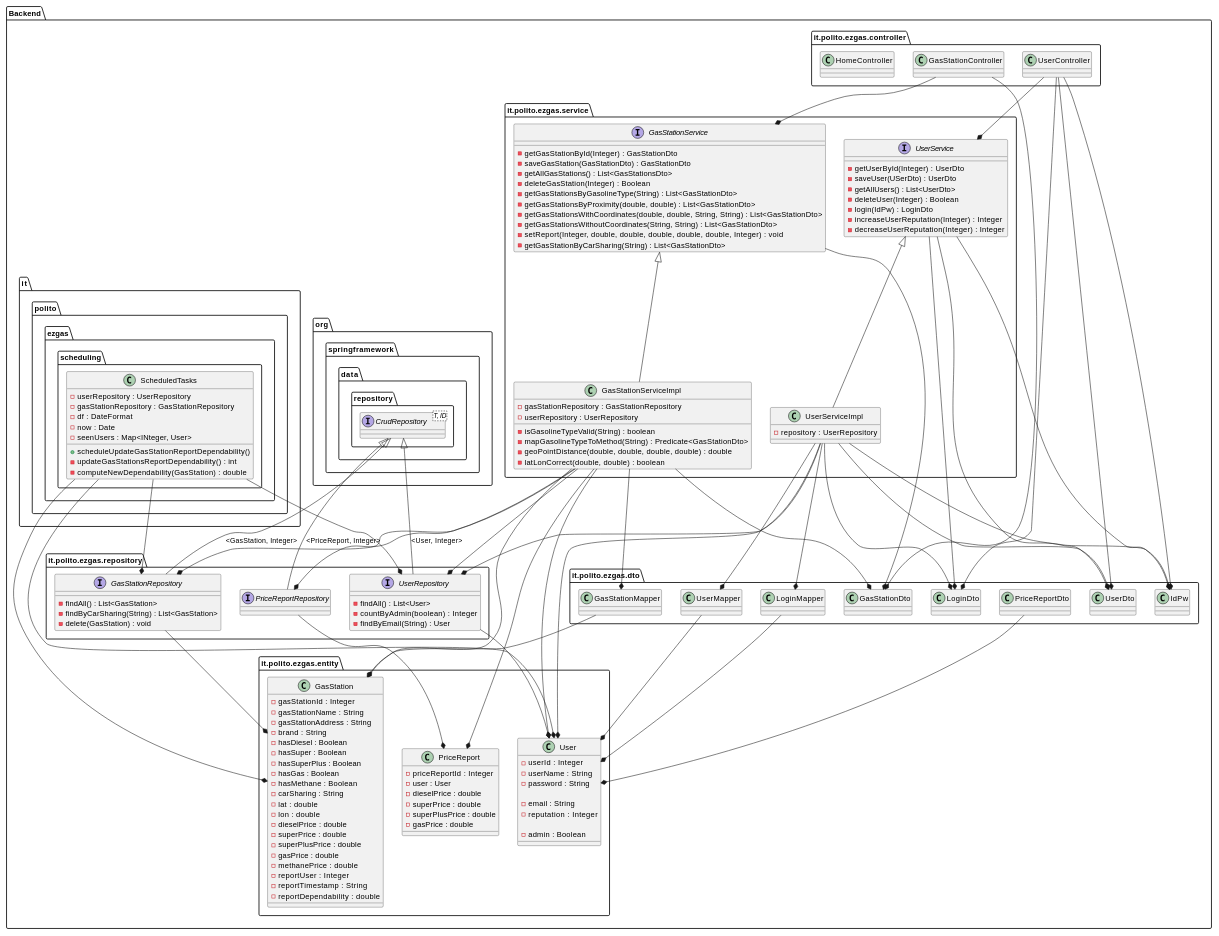
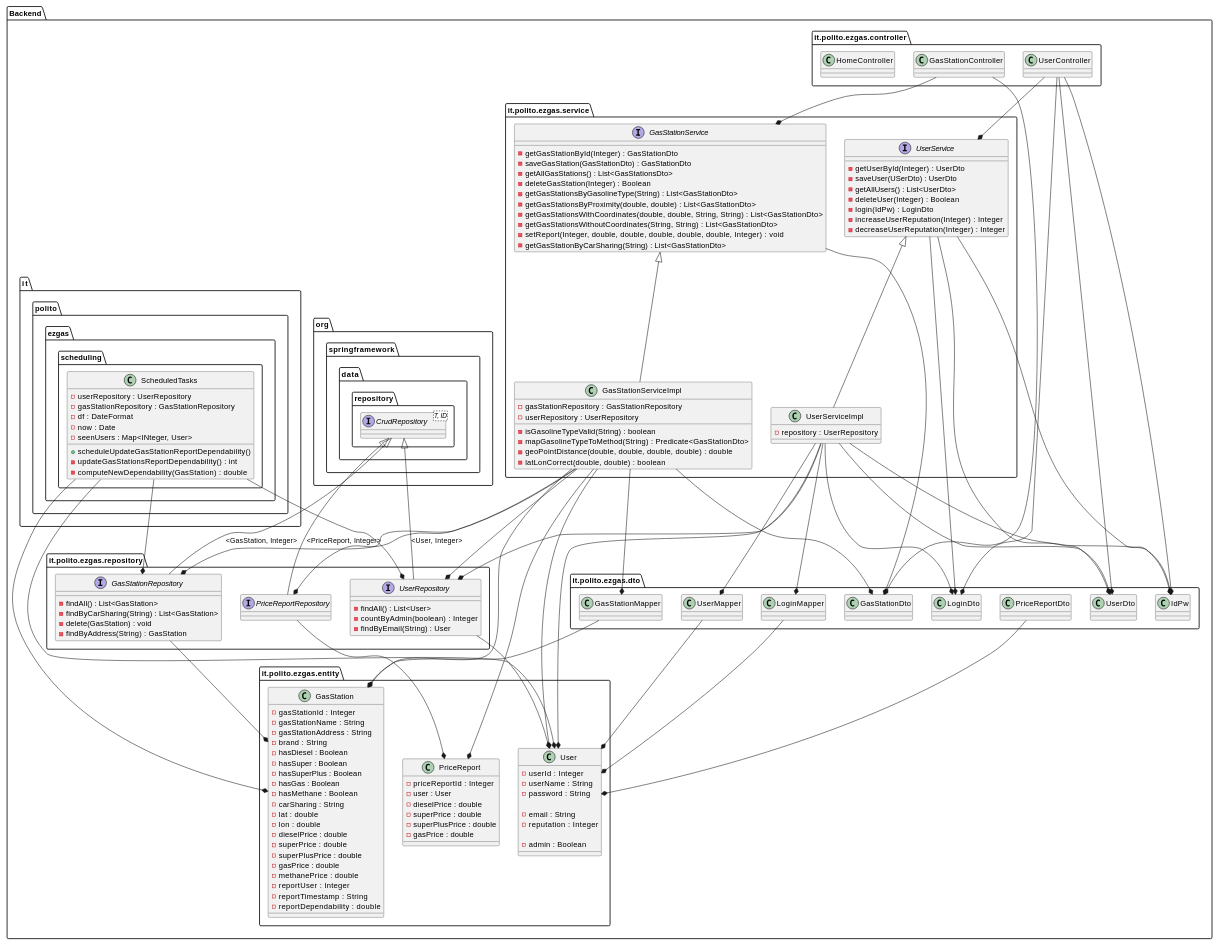
The fourth of 15 diagrams in docs/DesignDocument.md (polito-se2-2020-team6/ezgas), drawn with PlantUML before and after one commit.

Commit message:
docs: update Low Level Design after fixing saveGasStation

```diff
--- a/docs/DesignDocument.md
+++ b/docs/DesignDocument.md
@@ -326,6 +326,7 @@
     - findAll() : List<GasStation>
     - findByCarSharing(String) : List<GasStation>
     - delete(GasStation) : void 
+    - findByAddress(String) : GasStation
 
 	}
 
```
